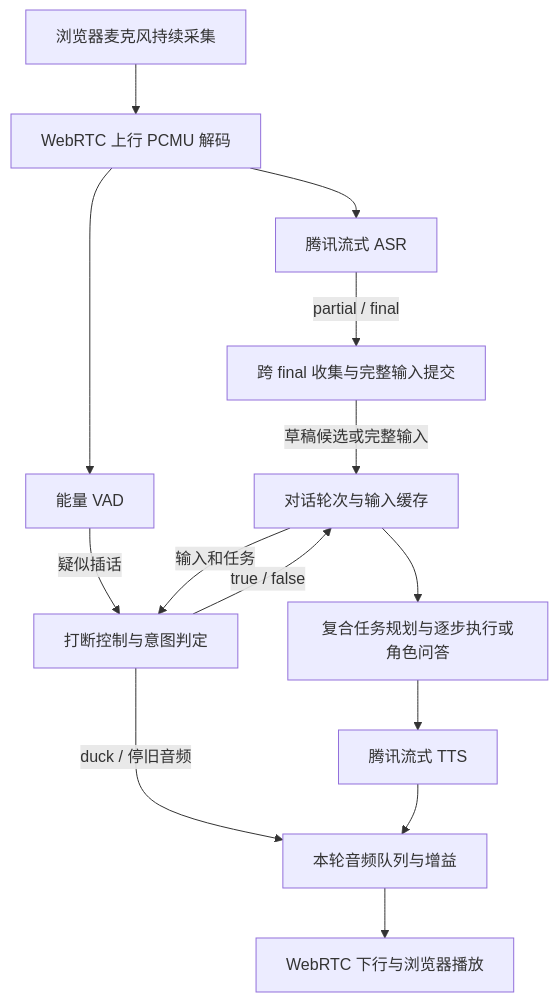
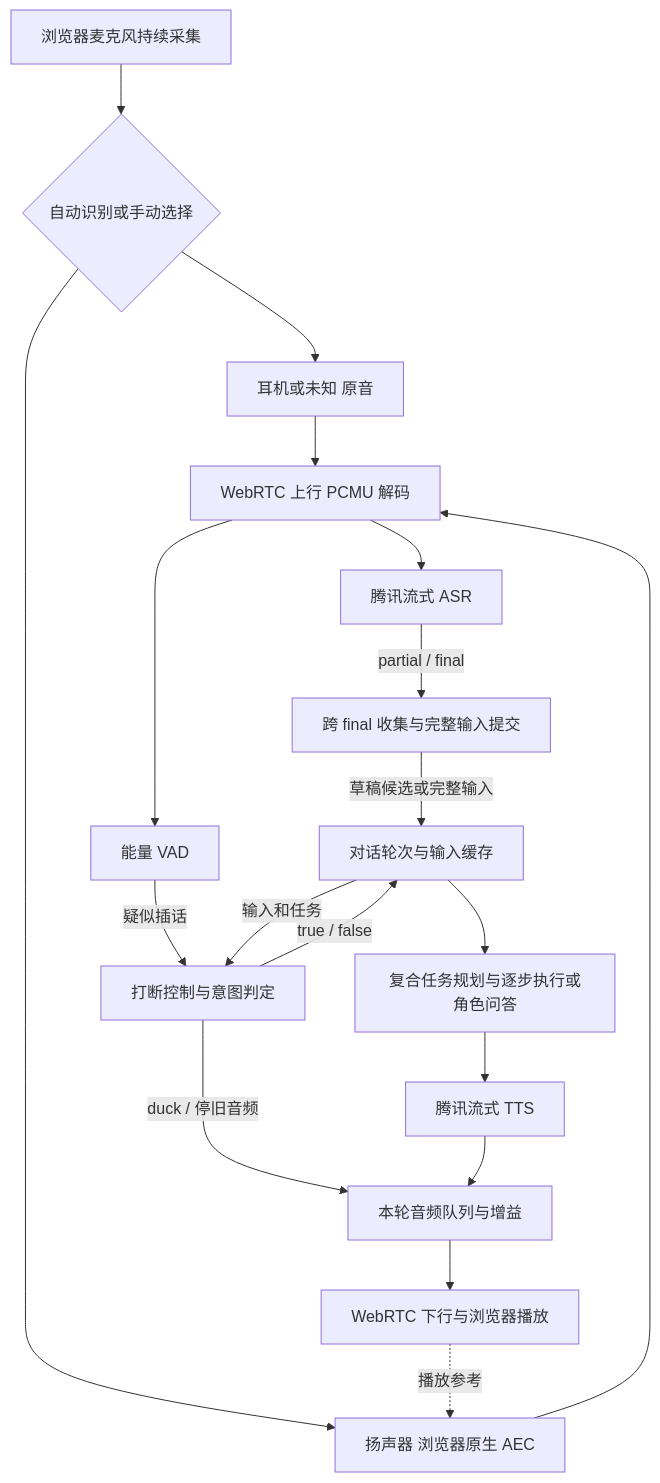
The first of 2 diagrams in docs/作业任务说明.md (zjn20021020/WebRTC), drawn with Mermaid before and after one commit. The commit also changed other lines of this file and 19 other files, not shown here.

````diff
--- a/docs/作业任务说明.md
+++ b/docs/作业任务说明.md
@@ -62,27 +63,33 @@
 ```mermaid
 flowchart TB
   Client[浏览器麦克风持续采集]
+  Mode{自动识别或手动选择}
+  Raw[耳机或未知 原音]
+  AEC[扬声器 浏览器原生 AEC]
   Up[WebRTC 上行 PCMU 解码]
   ASR[腾讯流式 ASR]
   Merge[跨 final 收集与完整输入提交]
   VAD[能量 VAD]
   Turn[对话轮次与输入缓存]
   Intent[打断控制与意图判定]
   Reply[复合任务规划与逐步执行或角色问答]
   TTS[腾讯流式 TTS]
   Queue[本轮音频队列与增益]
   Down[WebRTC 下行与浏览器播放]
-  Client --> Up
+  Client --> Mode
+  Mode --> Raw --> Up
+  Mode --> AEC --> Up
+  Down -. 播放参考 .-> AEC
   Up --> ASR
   Up --> VAD
   ASR -->|partial / final| Merge
   Merge -->|草稿候选或完整输入| Turn
   VAD -->|疑似插话| Intent
   Turn -->|输入和任务| Intent
   Intent -->|true / false| Turn
   Intent -->|duck / 停旧音频| Queue
   Turn --> Reply
   Reply --> TTS
   TTS --> Queue
   Queue --> Down
 ```
````
